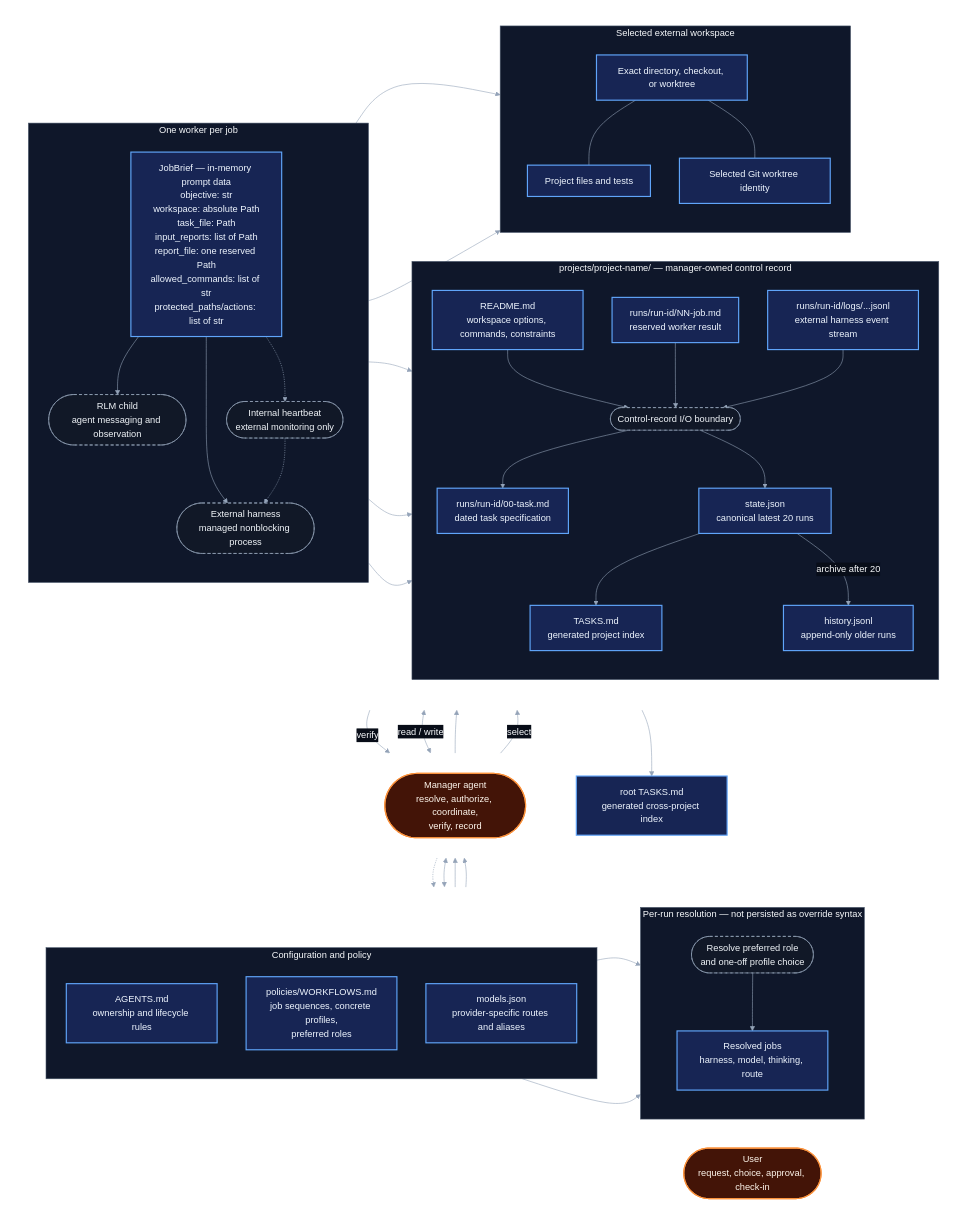
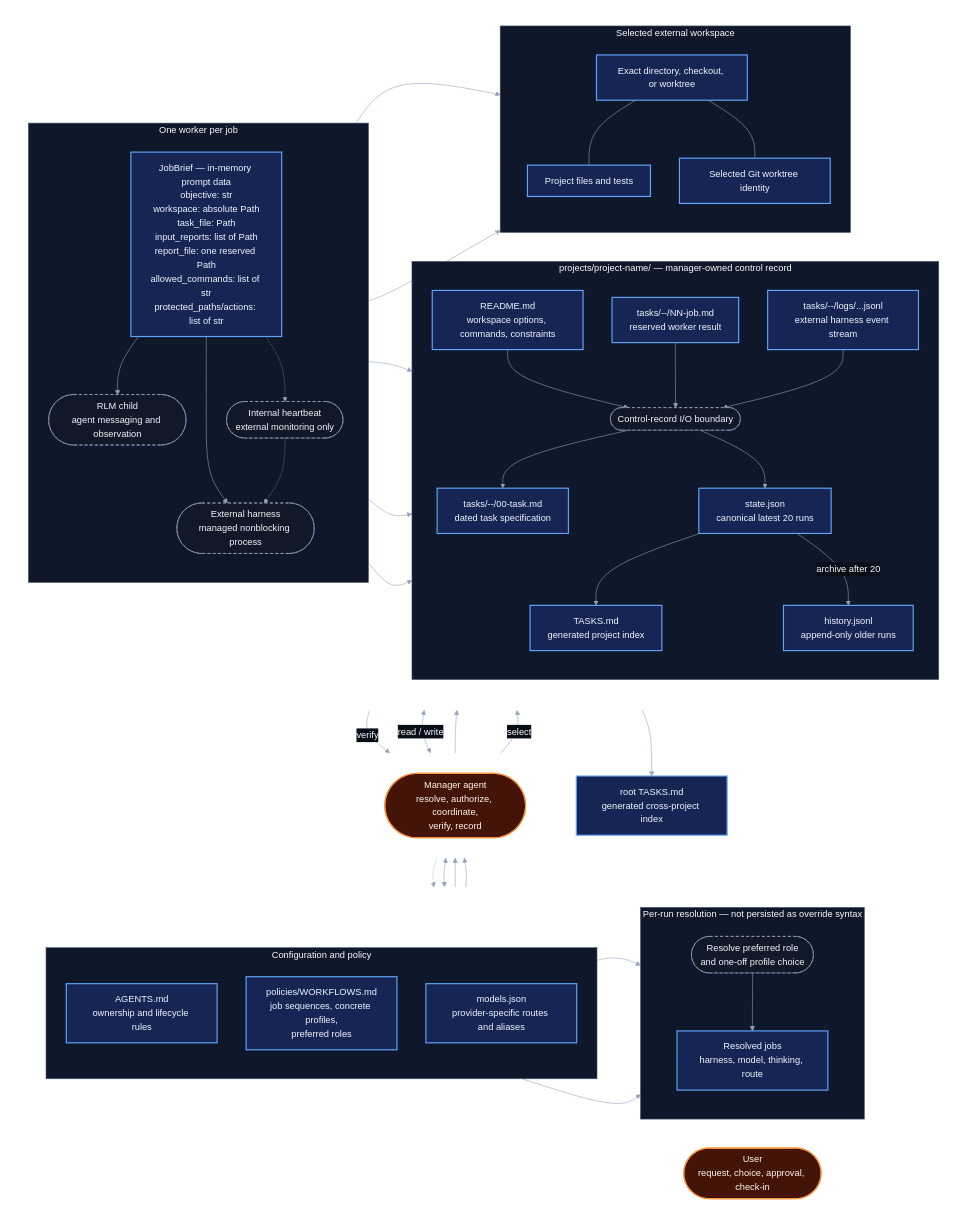
Before and after one commit to danielbush/pi-worker-agent: the first of 3 diagrams in docs/ARCHITECTURE.md, drawn with Mermaid. The commit also changed other lines of this file and 14 other files, not shown here.

Commit message:
chore: update example project (runs/ -> tasks/) + remove planning job

```diff
--- a/docs/ARCHITECTURE.md
+++ b/docs/ARCHITECTURE.md
@@ -44,9 +44,9 @@
             CR(["Control-record I/O boundary"])
             PC["README.md<br/>workspace options, commands, constraints"]
             ST["state.json<br/>canonical latest 20 runs"]
-            T["runs/run-id/00-task.md<br/>dated task specification"]
-            RP["runs/run-id/NN-job.md<br/>reserved worker result"]
-            LG["runs/run-id/logs/...jsonl<br/>external harness event stream"]
+            T["tasks/<date>--<slug>/00-task.md<br/>dated task specification"]
+            RP["tasks/<date>--<slug>/NN-job.md<br/>reserved worker result"]
+            LG["tasks/<date>--<slug>/logs/...jsonl<br/>external harness event stream"]
             TL["TASKS.md<br/>generated project index"]
             HI["history.jsonl<br/>append-only older runs"]
 
```
